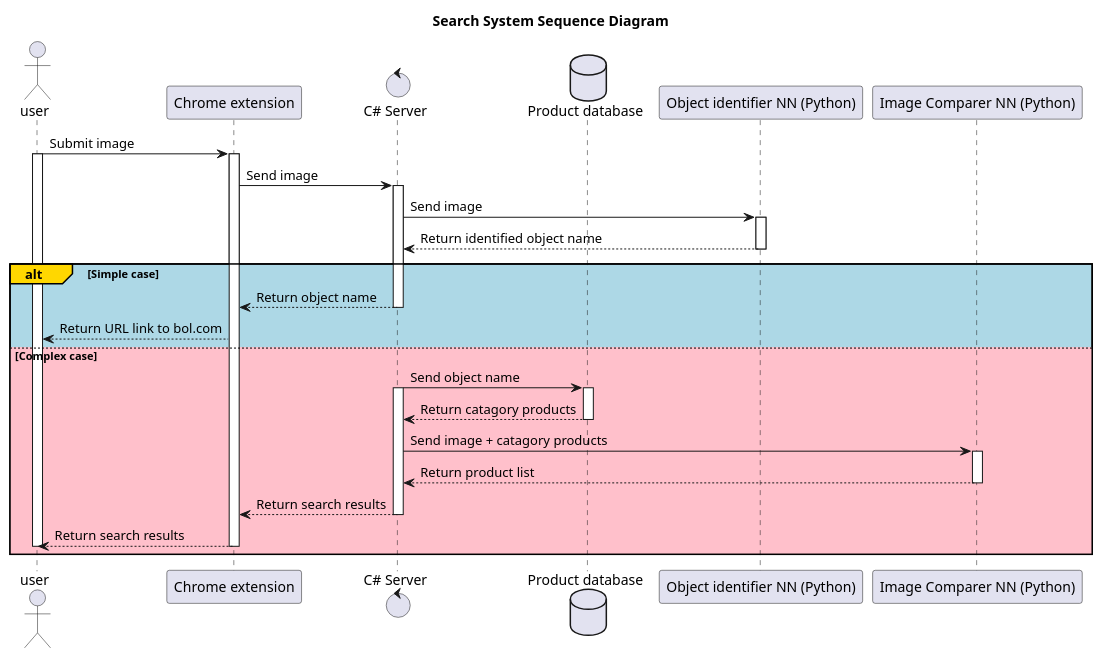
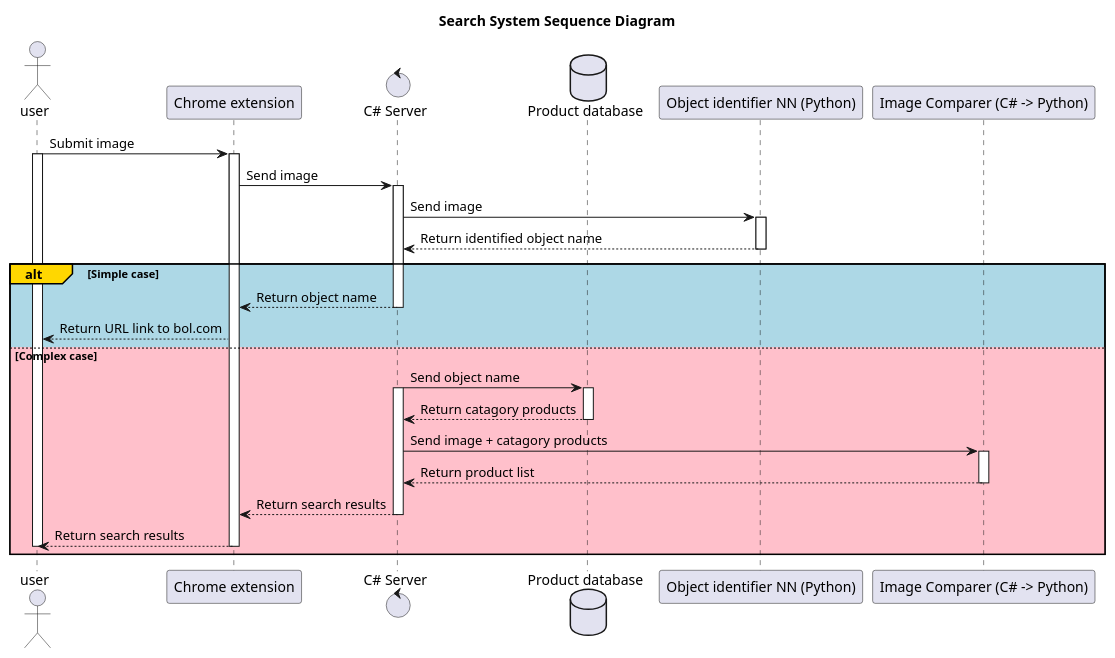
The diagram in Documentation/SequenceDiagrams/SequenceDiagram.plantuml (RemonZander/Project-D), drawn with PlantUML before and after one commit.

Commit message:
updated sequence diagram

```diff
--- a/Documentation/SequenceDiagrams/SequenceDiagram.plantuml
+++ b/Documentation/SequenceDiagrams/SequenceDiagram.plantuml
@@ -1,46 +1,46 @@
 @startuml
 
 title **Search System Sequence Diagram**
 
 actor user as usr
 participant "Chrome extension" as ext
 control "C# Server" as csh
 database "Product database" as db
 participant "Object identifier NN (Python)" as obj
-participant "Image Comparer NN (Python)" as img
+participant "Image Comparer (C# -> Python)" as img
 
 usr -> ext: Submit image
 activate usr
 activate ext
 ext -> csh: Send image
 activate csh
 csh -> obj: Send image
 activate obj
 
 obj --> csh: Return identified object name
 deactivate obj
 
 alt#Gold #LightBlue Simple case
     csh --> ext: Return object name
     deactivate csh
     ext --> usr: Return URL link to bol.com
 
 else #Pink Complex case
     csh -> db: Send object name
     activate csh
     activate db
     db --> csh: Return catagory products
     deactivate db
     csh -> img: Send image + catagory products
     activate img
     
     img --> csh: Return product list
     deactivate img
 
     csh --> ext: Return search results
     deactivate csh
     ext --> usr: Return search results
     deactivate ext
     deactivate usr
 end
 @enduml
```
